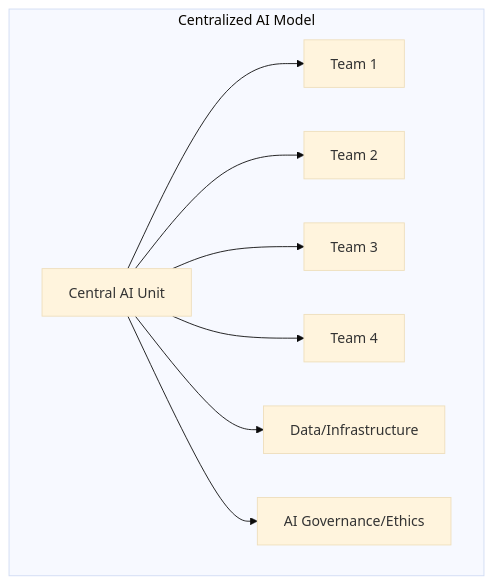
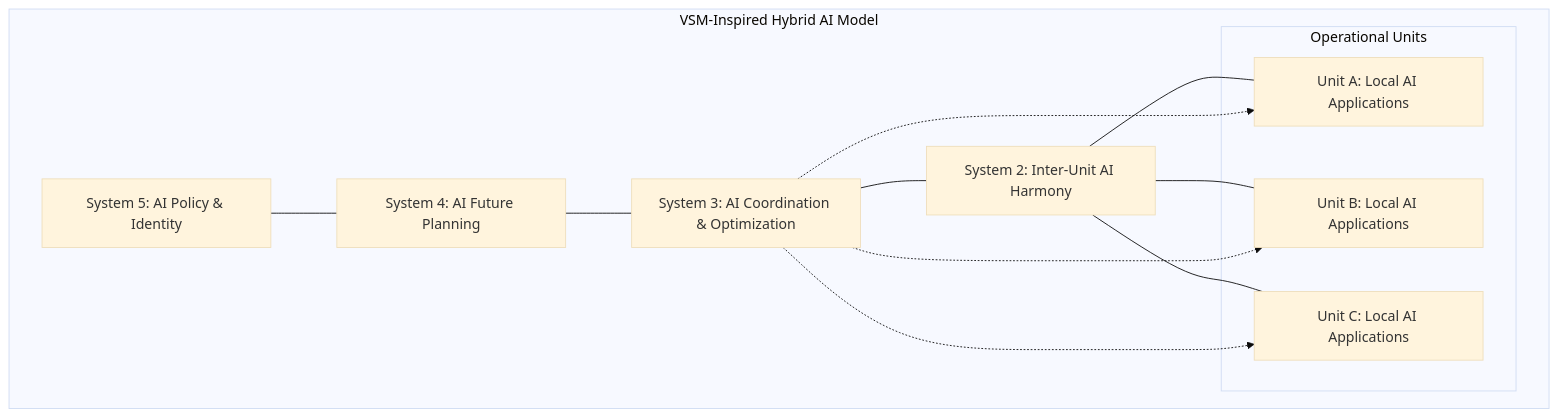
Before and after one commit to klauseduard/under-over-models: the diagram in chapters/08-ai-organizational-impact.md, drawn with Mermaid (base theme). The commit also changed other lines of this file and 2 other files, not shown here.

````diff
--- a/chapters/08-ai-organizational-impact.md
+++ b/chapters/08-ai-organizational-impact.md
@@ -85,12 +139,22 @@
 ```mermaid
 graph TD
-    subgraph "Centralized AI Model"
-        A[Central AI Unit] --> B[Team 1]
-        A --> C[Team 2]
-        A --> D[Team 3]
-        A --> E[Team 4]
+    subgraph "VSM-Inspired Hybrid AI Model"
+        S5[System 5: AI Policy & Identity] --- S4[System 4: AI Future Planning]
+        S4 --- S3[System 3: AI Coordination & Optimization]
+        S3 --- S2[System 2: Inter-Unit AI Harmony]
         
-        A --> F[Data/Infrastructure]
-        A --> G[AI Governance/Ethics]
+        subgraph "Operational Units"
+            S1A[Unit A: Local AI Applications]
+            S1B[Unit B: Local AI Applications]
+            S1C[Unit C: Local AI Applications]
+        end
+        
+        S2 --- S1A
+        S2 --- S1B
+        S2 --- S1C
+        
+        S3 -.-> S1A
+        S3 -.-> S1B
+        S3 -.-> S1C
     end
 ```
````
